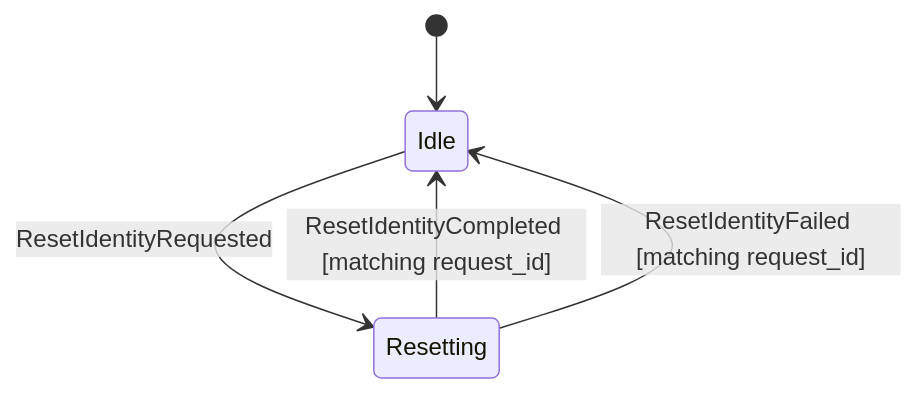
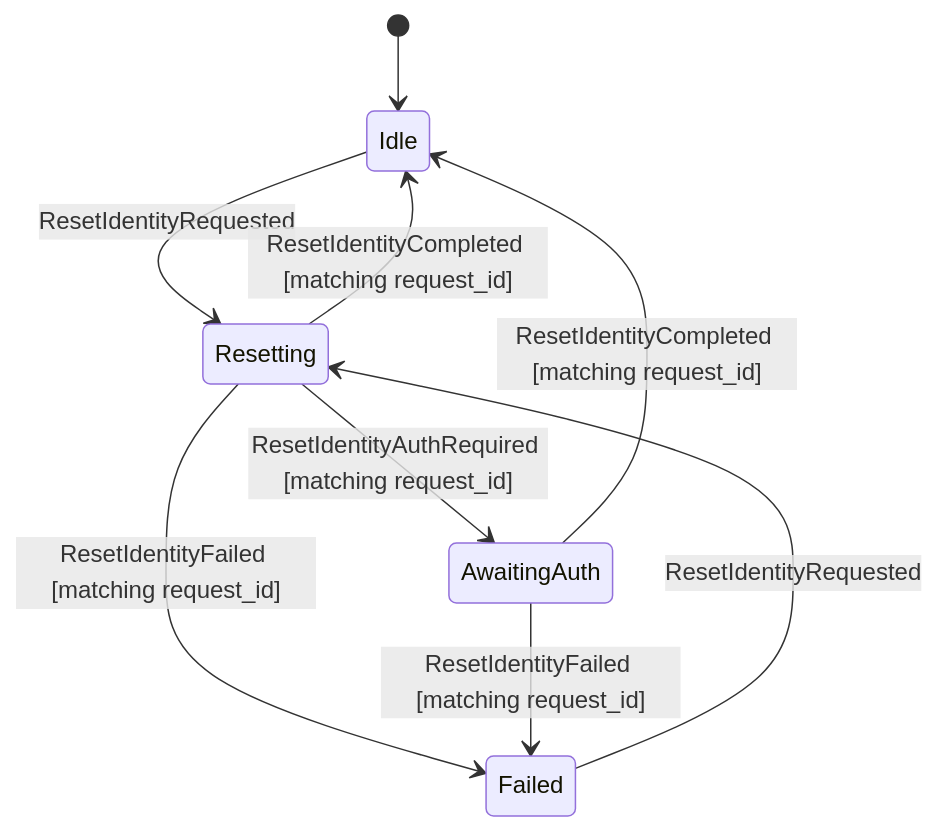
The tenth of 12 diagrams in docs/architecture/state-machine.md (shinaoka/koushi-matrix), drawn with Mermaid before and after one commit. The commit also changed other lines of this file and 21 other files, not shown here.

Commit message:
Model identity reset auth state in Rust

````diff
--- a/docs/architecture/state-machine.md
+++ b/docs/architecture/state-machine.md
@@ -340,7 +340,11 @@
 ```mermaid
 stateDiagram-v2
     [*] --> Idle
     Idle --> Resetting: ResetIdentityRequested
+    Failed --> Resetting: ResetIdentityRequested
+    Resetting --> AwaitingAuth: ResetIdentityAuthRequired [matching request_id]
     Resetting --> Idle: ResetIdentityCompleted [matching request_id]
-    Resetting --> Idle: ResetIdentityFailed [matching request_id]
+    AwaitingAuth --> Idle: ResetIdentityCompleted [matching request_id]
+    Resetting --> Failed: ResetIdentityFailed [matching request_id]
+    AwaitingAuth --> Failed: ResetIdentityFailed [matching request_id]
 ```
````
